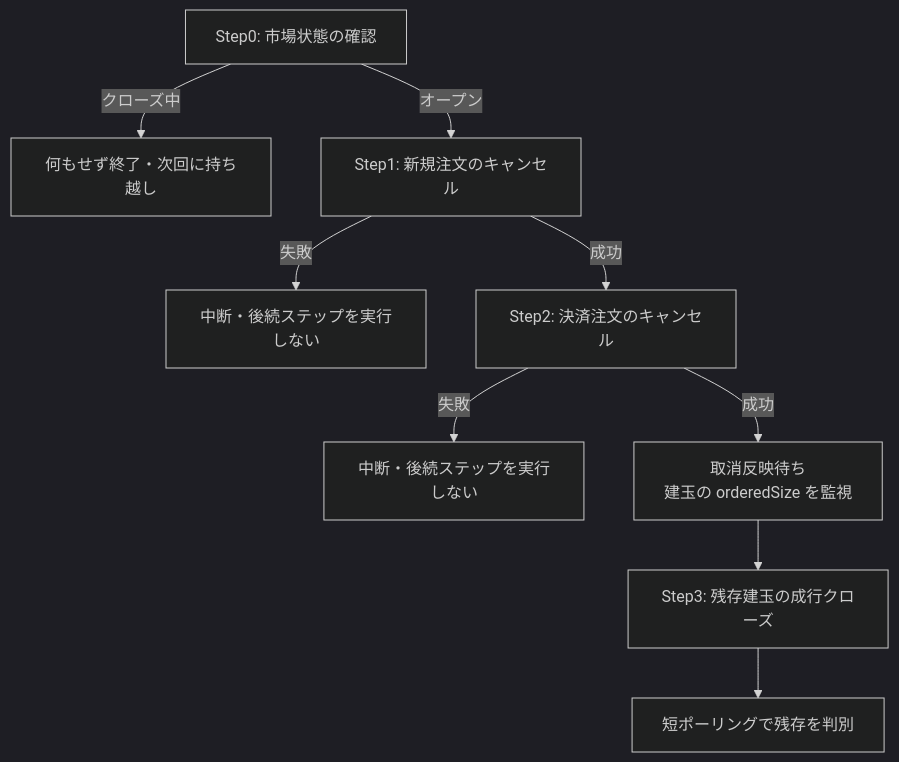
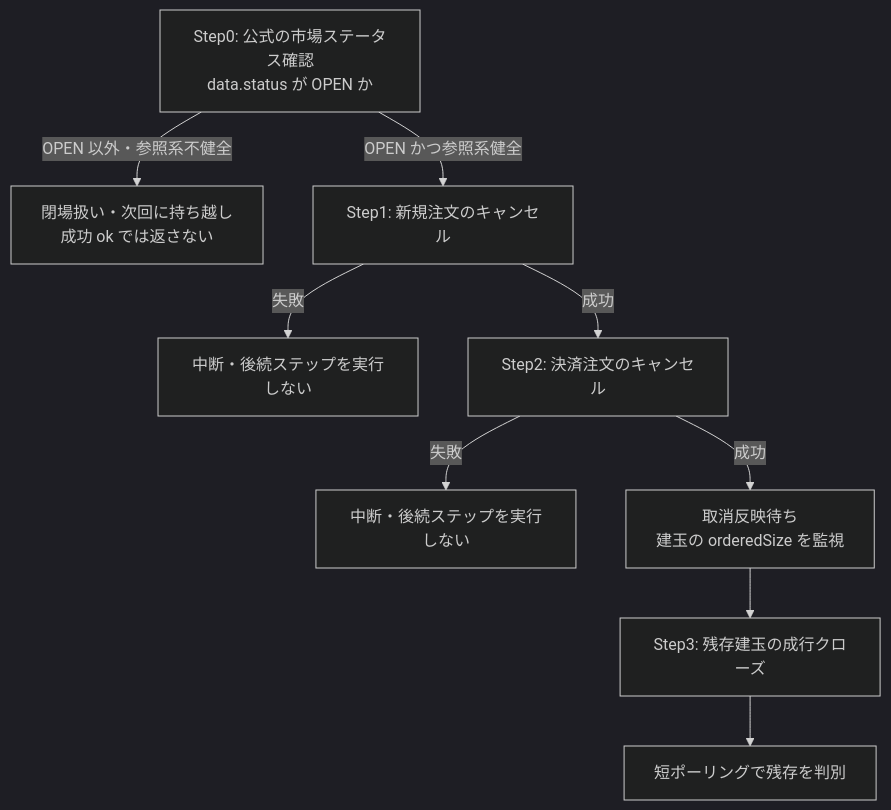
One commit to ozapon-IT/my-zenn changed the second of 2 diagrams in articles/gmo-fx-kill-switch-idempotency.md. Above: the diagram before and after it, drawn with Mermaid (dark theme). The commit also changed other lines of this file and 2 other files, not shown here.

First line of the commit message:
articles: HTTP 200 業務エラーの空配列化記事下書きと Kill Switch Step0 追記

````diff
--- a/articles/gmo-fx-kill-switch-idempotency.md
+++ b/articles/gmo-fx-kill-switch-idempotency.md
@@ -40,11 +40,11 @@
 ```mermaid
 flowchart TD
-    S0[Step0: 市場状態の確認] -->|クローズ中| R0[何もせず終了・次回に持ち越し]
-    S0 -->|オープン| S1[Step1: 新規注文のキャンセル]
+    S0[Step0: 公式の市場ステータス確認<br/>data.status が OPEN か] -->|OPEN 以外・参照系不健全| R0[閉場扱い・次回に持ち越し<br/>成功 ok では返さない]
+    S0 -->|OPEN かつ参照系健全| S1[Step1: 新規注文のキャンセル]
     S1 -->|失敗| F1[中断・後続ステップを実行しない]
     S1 -->|成功| S2[Step2: 決済注文のキャンセル]
     S2 -->|失敗| F2[中断・後続ステップを実行しない]
     S2 -->|成功| W[取消反映待ち<br/>建玉の orderedSize を監視]
     W --> S3[Step3: 残存建玉の成行クローズ]
     S3 --> V[短ポーリングで残存を判別]
 ```
````
